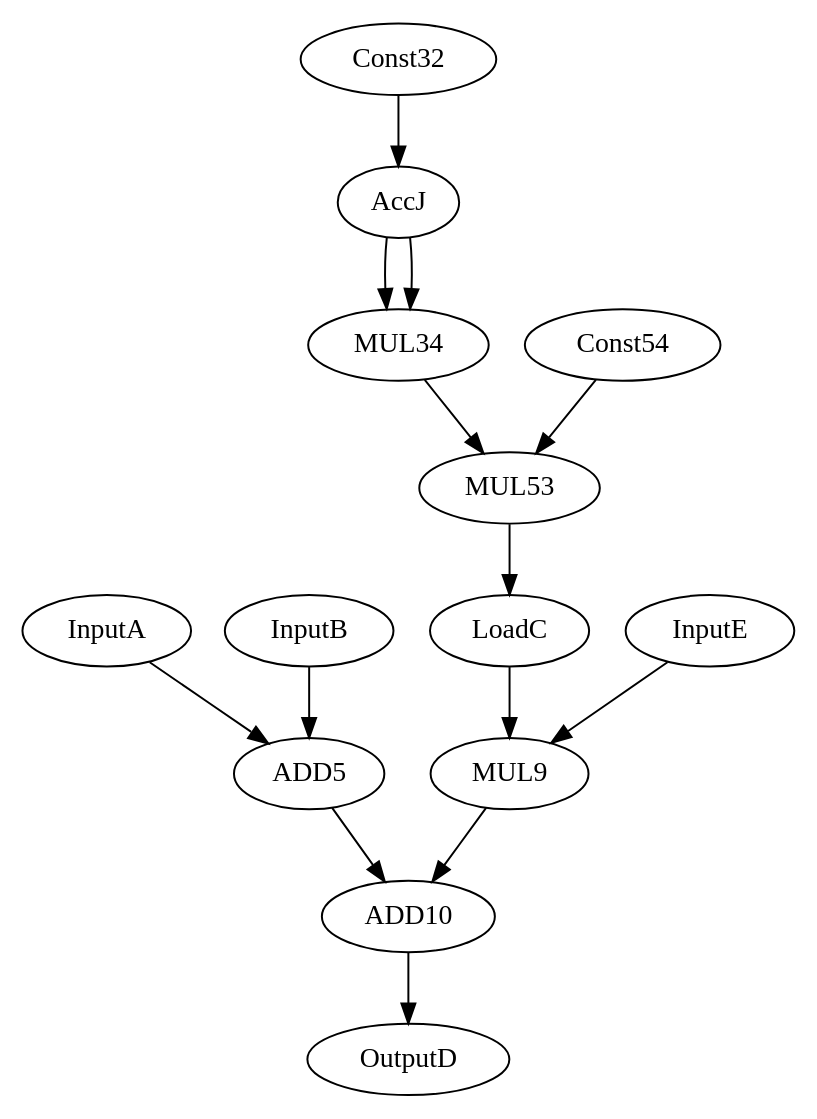
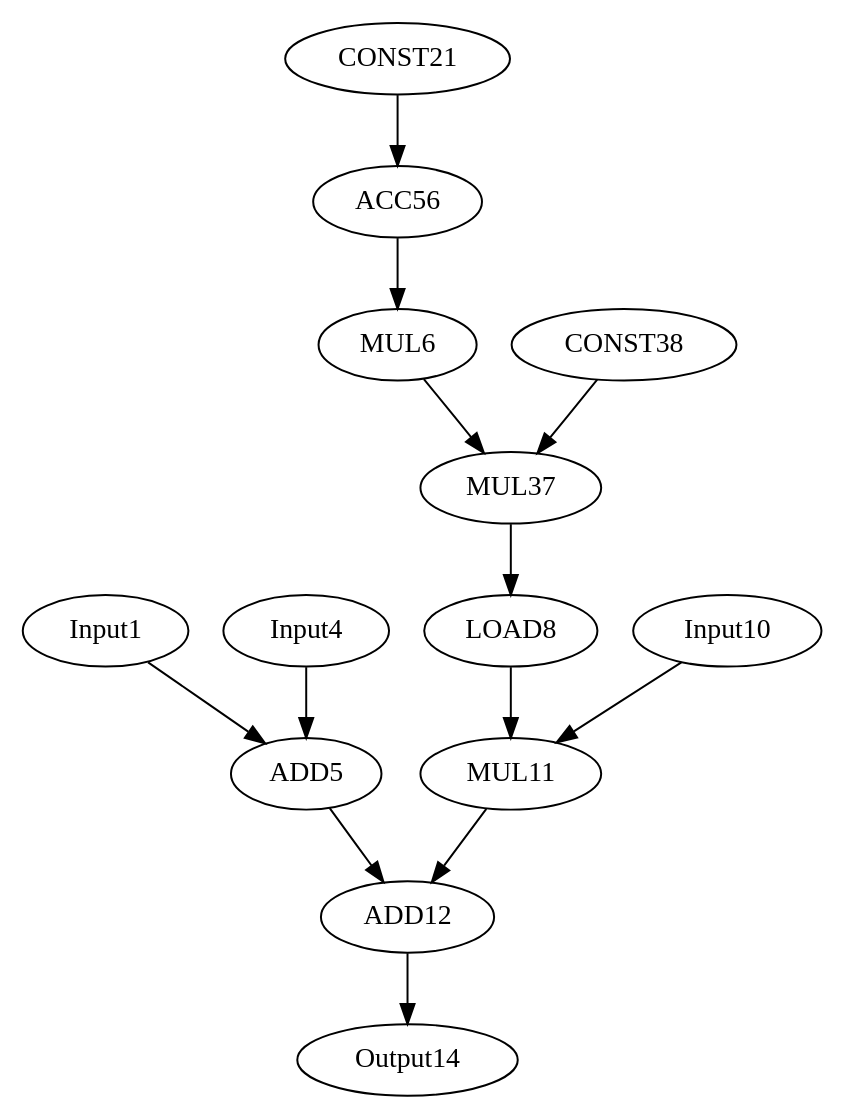
Before and after one commit to yhqiu16/FDRA: the diagram in benchmarks/test4/testaffine/affine.dot, drawn with Graphviz. The commit also changed 218 other files, not shown here.

```diff
--- a/benchmarks/test4/testaffine/affine.dot
+++ b/benchmarks/test4/testaffine/affine.dot
@@ -1,30 +1,27 @@
 Digraph G {
-InputA[opcode=input, ref_name="A", size=76, offset="24, 0", pattern="0, 6, 0, 16, 24, 4"];
-InputB[opcode=input, ref_name="B", size=124, offset="0, 60", pattern="12, 6, -64, 16, 0, 4"];
+Input1[opcode=input, ref_name="A", size=76, offset="24, 0", pattern="0, 6, 0, 16, 24, 4"];
+Input4[opcode=input, ref_name="B", size=124, offset="0, 60", pattern="12, 6, -64, 16, 0, 4"];
 ADD5[opcode=add];
-LoadC[opcode=load, ref_name="C", size=1024, offset="0", cycles=384];
-InputE[opcode=input, ref_name="E", size=1024, offset="0, 960", pattern="12, 6, -124, 16, 900, 4"];
-MUL9[opcode=mul];
-ADD10[opcode=add];
-OutputD[opcode=output, ref_name="D", size=7168, offset="2048, 960", pattern="12, 6, -124, 16, 2948, 4"];
-AccJ[opcode=acc, acc_params="15, 16, 6, 4", acc_first=0];
-Const32[opcode=const, value=-1];
-// ADD33[opcode=const, value=0];
-MUL34[opcode=mul];
-MUL53[opcode=MUL];
-Const54[opcode=const, value=4];
-InputA->ADD5[operand=1];
-InputB->ADD5[operand=0];
-ADD5->ADD10[operand=0];
-LoadC->MUL9[operand=1];
-InputE->MUL9[operand=0];
-MUL9->ADD10[operand=1];
-ADD10->OutputD[operand=1];
-MUL53->LoadC[operand=0];
-AccJ->MUL34[operand=0];
-AccJ->MUL34[operand=1];
-MUL34->MUL53[operand=0];
-Const54->MUL53[operand=1];
-// MUL53->ADD33[operand=0];
-Const32->AccJ[operand=0];
+MUL6[opcode=mul];
+LOAD8[opcode=load, ref_name="C", size=1024, offset="0, 0", cycles=384];
+Input10[opcode=input, ref_name="E", size=1024, offset="0, 960", pattern="12, 6, -124, 16, 900, 4"];
+MUL11[opcode=mul];
+ADD12[opcode=add];
+Output14[opcode=output, ref_name="D", size=7168, offset="2048, 960", pattern="12, 6, -124, 16, 2948, 4"];
+CONST21[opcode=const, value=3];
+MUL37[opcode=MUL];
+CONST38[opcode=const, value=4];
+ACC56[opcode=acc, acc_params="0, 4, 1, 1", acc_first=0];
+Input1->ADD5[operand=1];
+Input4->ADD5[operand=0];
+ADD5->ADD12[operand=0];
+LOAD8->MUL11[operand=1];
+Input10->MUL11[operand=0];
+MUL11->ADD12[operand=1];
+ADD12->Output14[operand=0];
+MUL6->MUL37[operand=0];
+CONST38->MUL37[operand=1];
+ACC56->MUL6[operand=1];
+MUL37->LOAD8[operand=0];
+CONST21->ACC56[operand=0];
 }
```
